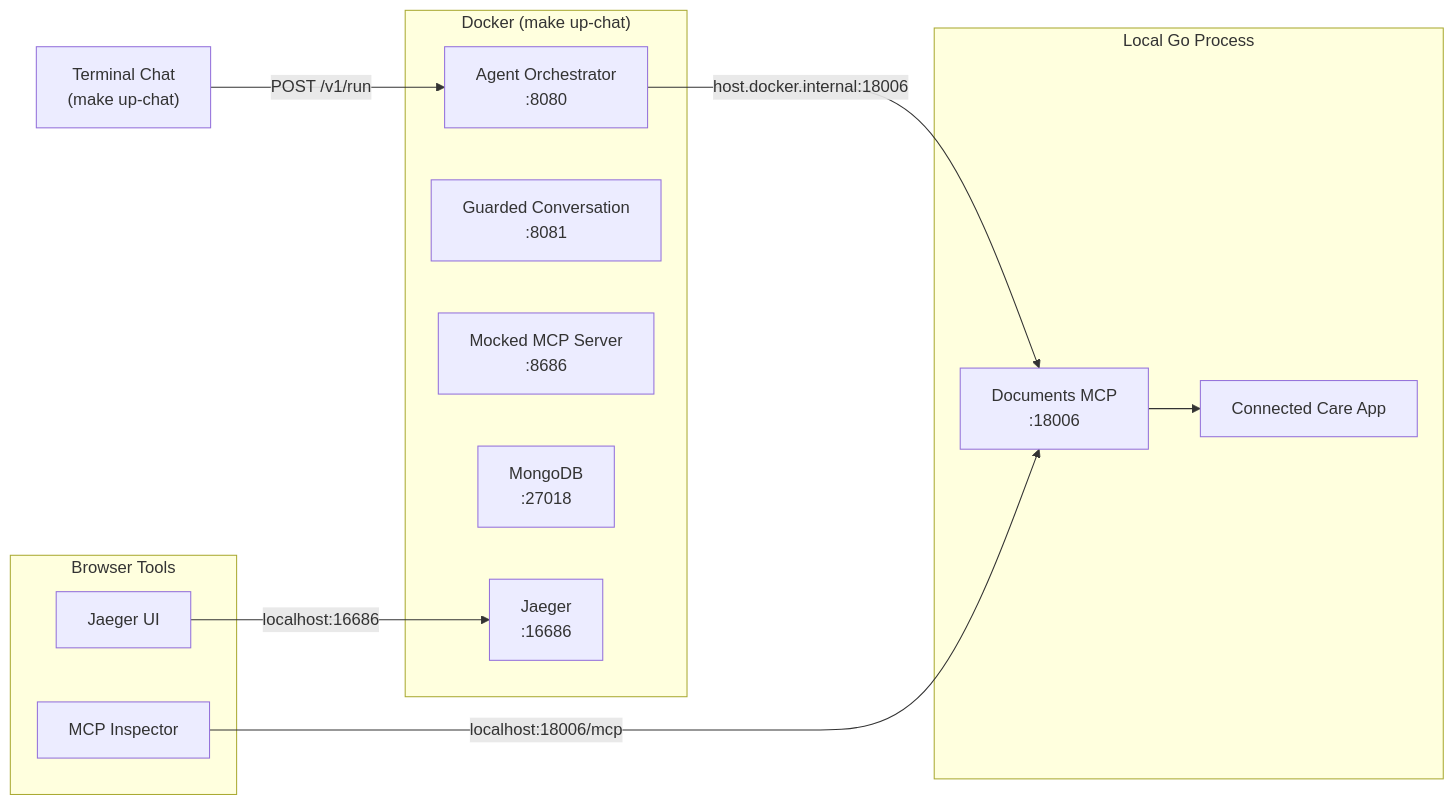
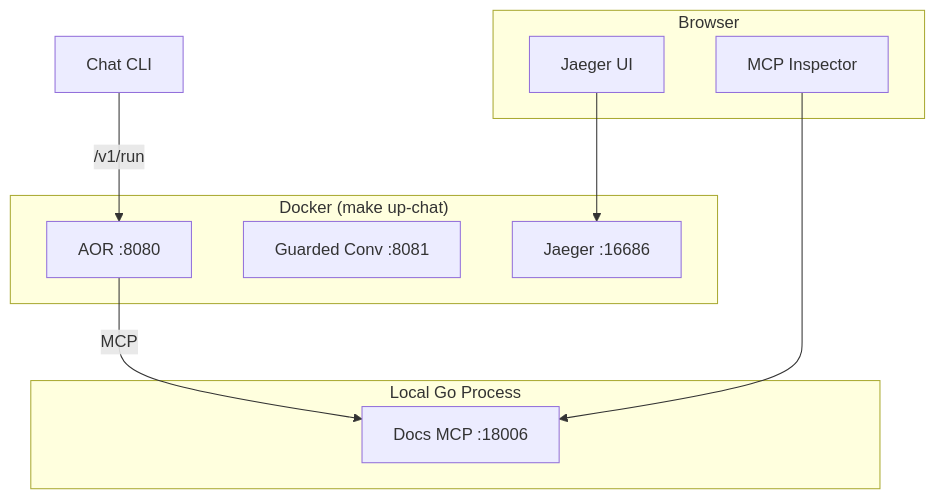
One commit to vinismoraes/hackathon-agent-documents changed diagram 12 of 16 in PLAN.md. Above: the diagram before and after it, drawn with Mermaid. The commit also changed other lines of this file, not shown here.

First line of the commit message:
Simplify Mermaid diagrams for readability

````diff
--- a/PLAN.md
+++ b/PLAN.md
@@ -673,26 +671,22 @@
 ```mermaid
-flowchart LR
-    subgraph "Docker (make up-chat)"
-        AOR["Agent Orchestrator\n:8080"]
-        GC["Guarded Conversation\n:8081"]
-        MOCK_MCP["Mocked MCP Server\n:8686"]
-        MONGO["MongoDB\n:27018"]
-        JAEGER["Jaeger\n:16686"]
+flowchart TD
+    subgraph DOCKER ["Docker (make up-chat)"]
+        AOR["AOR :8080"]
+        GC["Guarded Conv :8081"]
+        JAEGER["Jaeger :16686"]
     end
 
-    subgraph "Local Go Process"
-        CC["Connected Care App"]
-        CC_MCP["Documents MCP\n:18006"]
+    subgraph LOCAL ["Local Go Process"]
+        CC_MCP["Docs MCP :18006"]
     end
 
-    subgraph "Browser Tools"
+    subgraph BROWSER ["Browser"]
         INSPECTOR["MCP Inspector"]
         JAEGER_UI["Jaeger UI"]
     end
 
-    CLI["Terminal Chat\n(make up-chat)"] -->|"POST /v1/run"| AOR
-    AOR -->|"host.docker.internal:18006"| CC_MCP
-    CC_MCP --> CC
-    INSPECTOR -->|"localhost:18006/mcp"| CC_MCP
-    JAEGER_UI -->|"localhost:16686"| JAEGER
+    CLI["Chat CLI"] -->|"/v1/run"| AOR
+    AOR -->|"MCP"| CC_MCP
+    INSPECTOR --> CC_MCP
+    JAEGER_UI --> JAEGER
 ```
````
